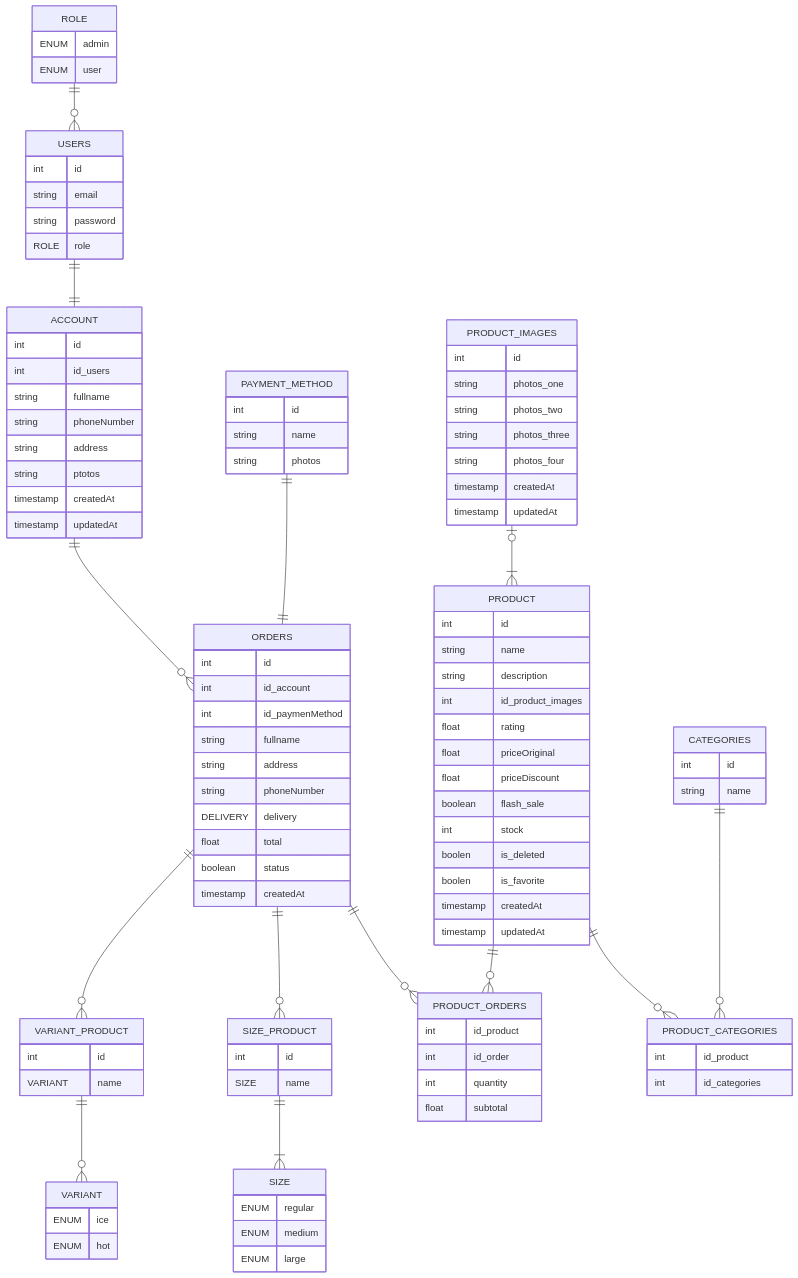
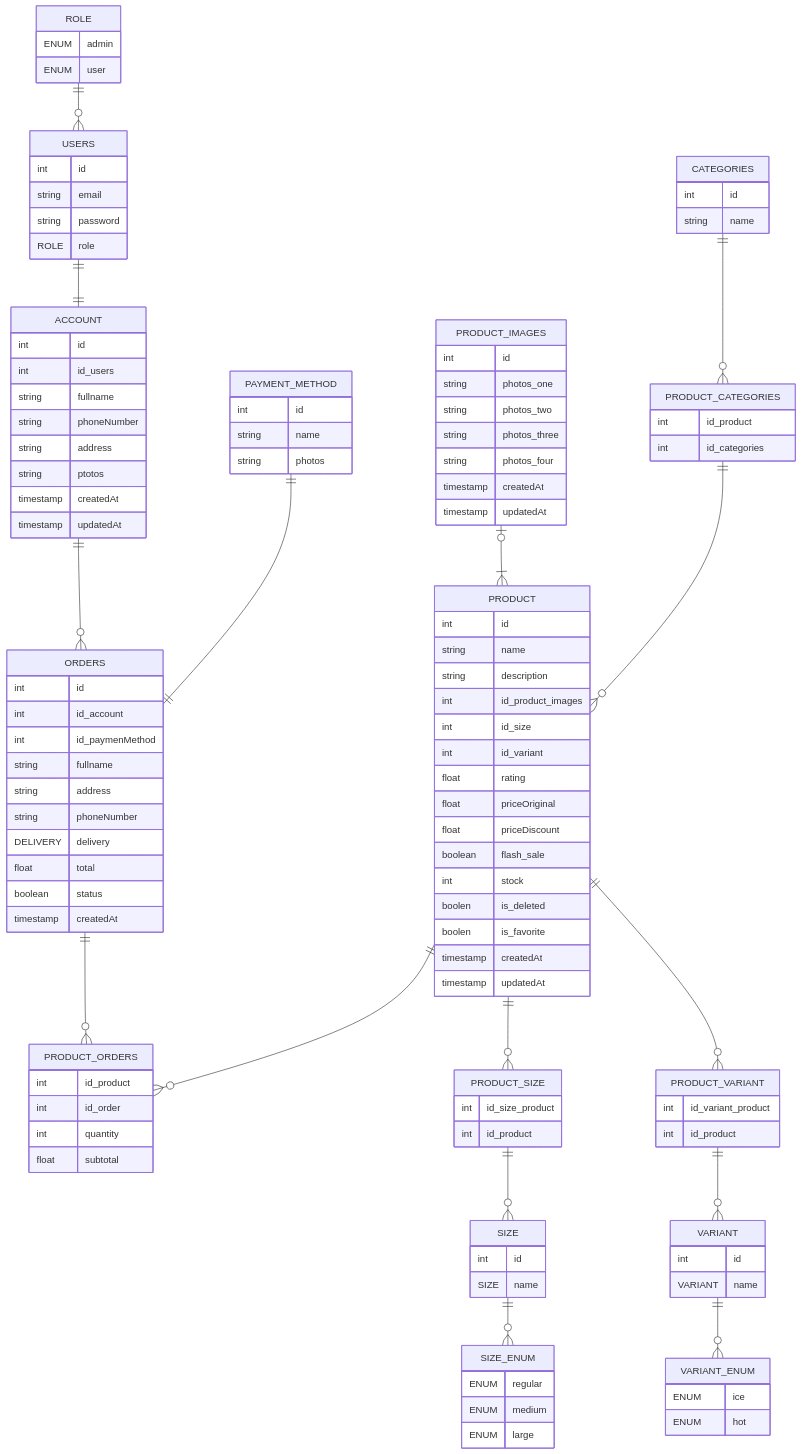
Before and after one commit to federus1105/koda-b4-backend: the diagram in README.md, drawn with Mermaid.

Commit message:
Topix ( readme ) : repairing erd table database coffeshop

````diff
--- a/README.md
+++ b/README.md
@@ -12,17 +12,6 @@
     ENUM admin
     ENUM user
     }
-
-SIZE {
-    ENUM regular
-    ENUM medium
-    ENUM large
-}
-
-VARIANT {
-    ENUM ice
-    ENUM hot
-}
 
 USERS {
     int id
@@ -42,14 +31,36 @@
     timestamp updatedAt
 }
 
-VARIANT_PRODUCT {
+
+VARIANT_ENUM {
+    ENUM ice
+    ENUM hot
+}
+
+VARIANT {
     int id
     VARIANT name 
 }
 
-SIZE_PRODUCT {
+PRODUCT_VARIANT {
+    int id_variant_product
+    int id_product
+}
+
+SIZE_ENUM {
+    ENUM regular
+    ENUM medium
+    ENUM large
+}
+
+SIZE {
     int id
     SIZE name
+}
+
+PRODUCT_SIZE {
+    int id_size_product
+    int id_product
 }
 
 ORDERS {
@@ -86,6 +97,8 @@
     string name
     string description
     int id_product_images
+    int id_size
+    int id_variant
     float rating
     float priceOriginal
     float priceDiscount
@@ -119,7 +132,7 @@
     USERS ||--|| ACCOUNT : ""
     CATEGORIES||--o{ PRODUCT_CATEGORIES : ""
 
-    PRODUCT ||--o{PRODUCT_CATEGORIES :""
+    PRODUCT_CATEGORIES ||--o{PRODUCT :""
     
     PAYMENT_METHOD  ||--||ORDERS:""
     ACCOUNT ||--o{ORDERS :""
@@ -129,10 +142,13 @@
 
     PRODUCT_IMAGES |o--|{PRODUCT: ""
 
-    ORDERS ||--o{SIZE_PRODUCT: ""
-    ORDERS ||--o{VARIANT_PRODUCT: ""
+    SIZE ||--o{SIZE_ENUM:""
+    PRODUCT_SIZE ||--o{SIZE:""
 
-    SIZE_PRODUCT ||--|{ SIZE:""
-    VARIANT_PRODUCT ||--o{VARIANT:""
+    VARIANT ||--o{VARIANT_ENUM:""
+    PRODUCT_VARIANT||--o{VARIANT:""
+
+    PRODUCT ||--o{PRODUCT_SIZE:""
+    PRODUCT ||--o{PRODUCT_VARIANT:""
 
 ```
````
